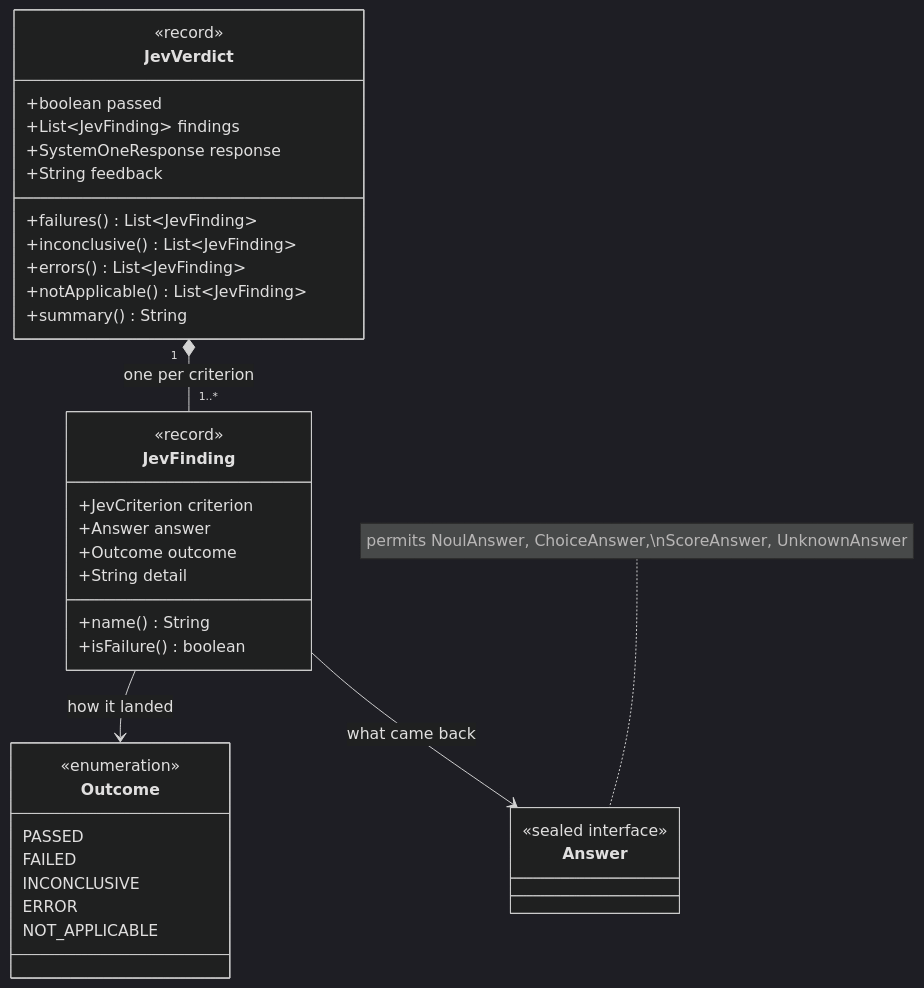
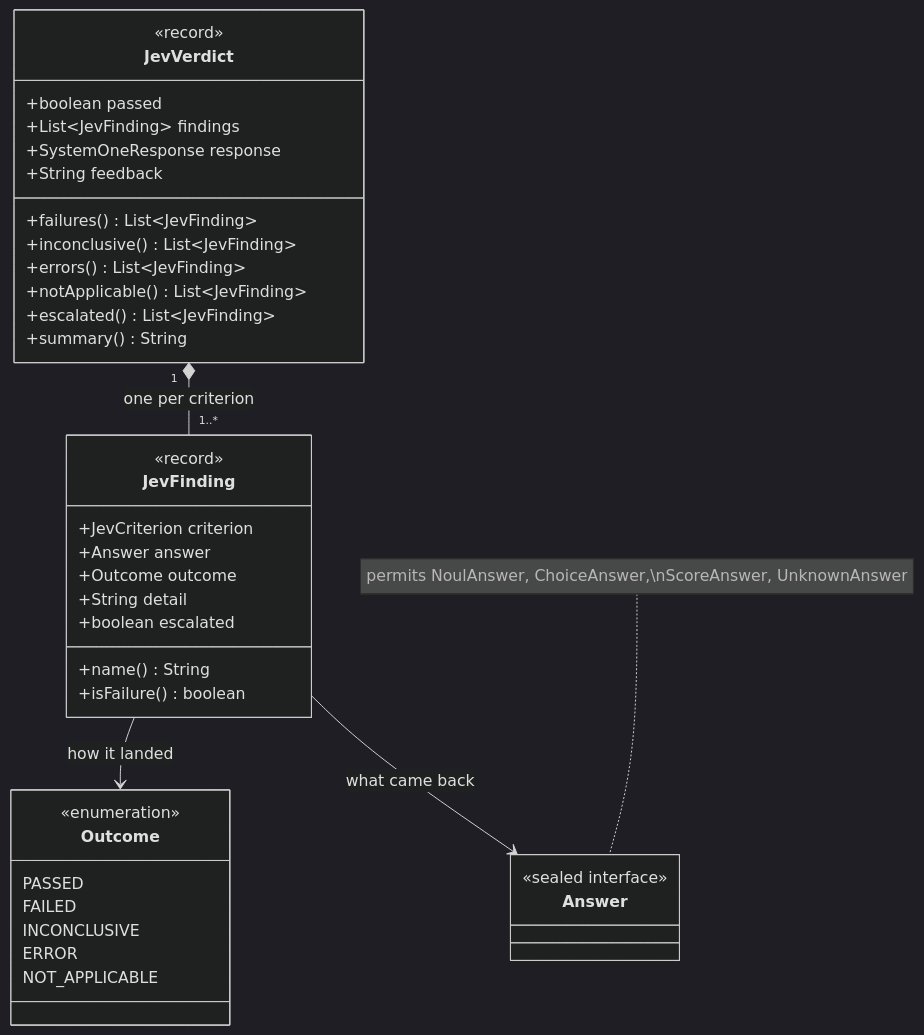
Before and after one commit to spring-ai-community/spring-ai-typesafe: the third of 3 diagrams in docs/judge/JevJudge.md, drawn with Mermaid (dark theme). The commit also changed other lines of this file and 11 other files, not shown here.

````diff
--- a/docs/judge/JevJudge.md
+++ b/docs/judge/JevJudge.md
@@ -327,46 +331,48 @@
 ```mermaid
 classDiagram
     direction TB
 
     class JevVerdict {
         <<record>>
         +boolean passed
         +List~JevFinding~ findings
         +SystemOneResponse response
         +String feedback
         +failures() List~JevFinding~
         +inconclusive() List~JevFinding~
         +errors() List~JevFinding~
         +notApplicable() List~JevFinding~
+        +escalated() List~JevFinding~
         +summary() String
     }
 
     class JevFinding {
         <<record>>
         +JevCriterion criterion
         +Answer answer
         +Outcome outcome
         +String detail
+        +boolean escalated
         +name() String
         +isFailure() boolean
     }
 
     class Outcome {
         <<enumeration>>
         PASSED
         FAILED
         INCONCLUSIVE
         ERROR
         NOT_APPLICABLE
     }
 
     class Answer {
         <<sealed interface>>
     }
 
     JevVerdict "1" *-- "1..*" JevFinding : one per criterion
     JevFinding --> Outcome : how it landed
     JevFinding --> Answer : what came back
 
     note for Answer "permits NoulAnswer, ChoiceAnswer,\nScoreAnswer, UnknownAnswer"
 ```
````
